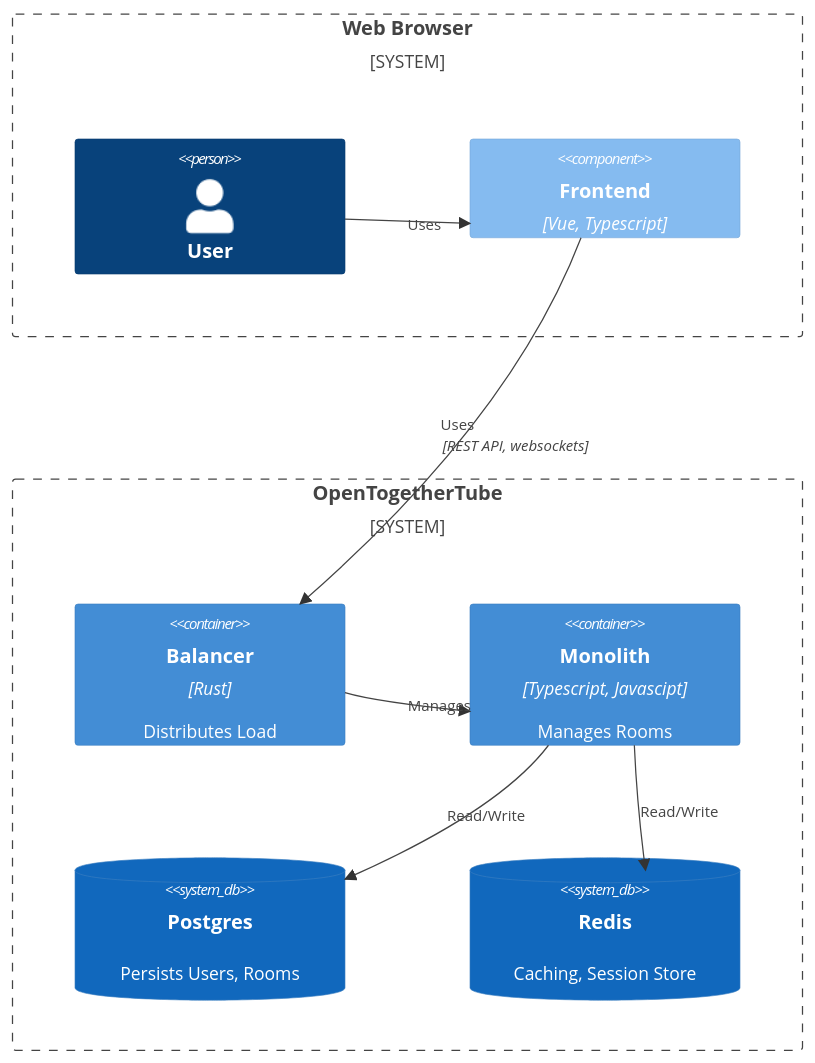
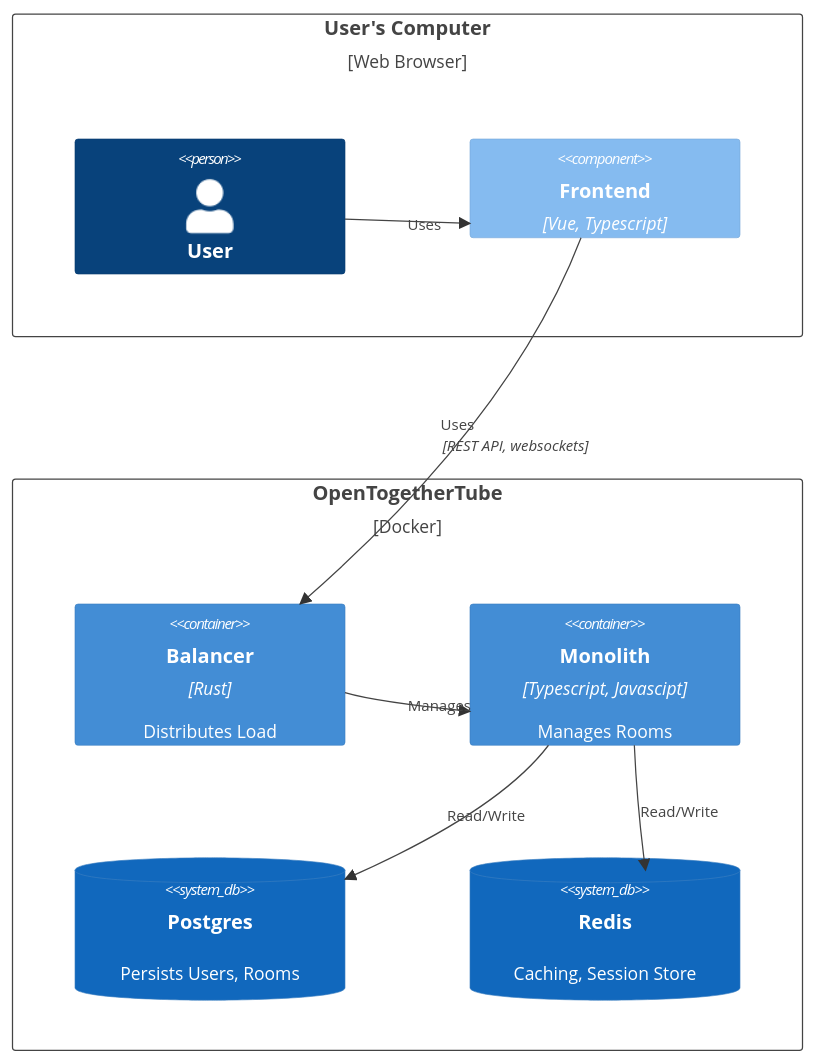
The diagram in figures/deployment-new.mmd (dyc3/senior-design), drawn with Mermaid before and after one commit. The commit also changed 3 other files, not shown here.

First line of the commit message:
update deployment diagrams (#121)

```diff
--- a/figures/deployment-new.mmd
+++ b/figures/deployment-new.mmd
@@ -1,23 +1,22 @@
 C4Deployment
     %% title OpenTogetherTube Deployment With Load Balancer
 
-    System_Boundary(browser, "Web Browser") {
+    Deployment_Node(browser, "User's Computer", "Web Browser") {
         Person(user, "User")
         Component(frontend, "Frontend", "Vue, Typescript")
     }
 
-
-    System_Boundary(ott, "OpenTogetherTube") {
+    Deployment_Node(ott, "OpenTogetherTube", "Docker") {
         Container(balancer, "Balancer", "Rust", "Distributes Load")
         Container(monolith, "Monolith", "Typescript, Javascipt", "Manages Rooms")
         SystemDb(postgres, "Postgres", "Persists Users, Rooms")
         SystemDb(redis, "Redis", "Caching, Session Store")
     }
 
     Rel(user, frontend, "Uses")
     Rel(frontend, balancer, "Uses", "REST API, websockets")
     Rel(monolith, postgres, "Read/Write")
     Rel(monolith, redis, "Read/Write")
     Rel(balancer, monolith, "Manages")
 
     UpdateLayoutConfig($c4ShapeInRow="2", $c4BoundaryInRow="1")
```
